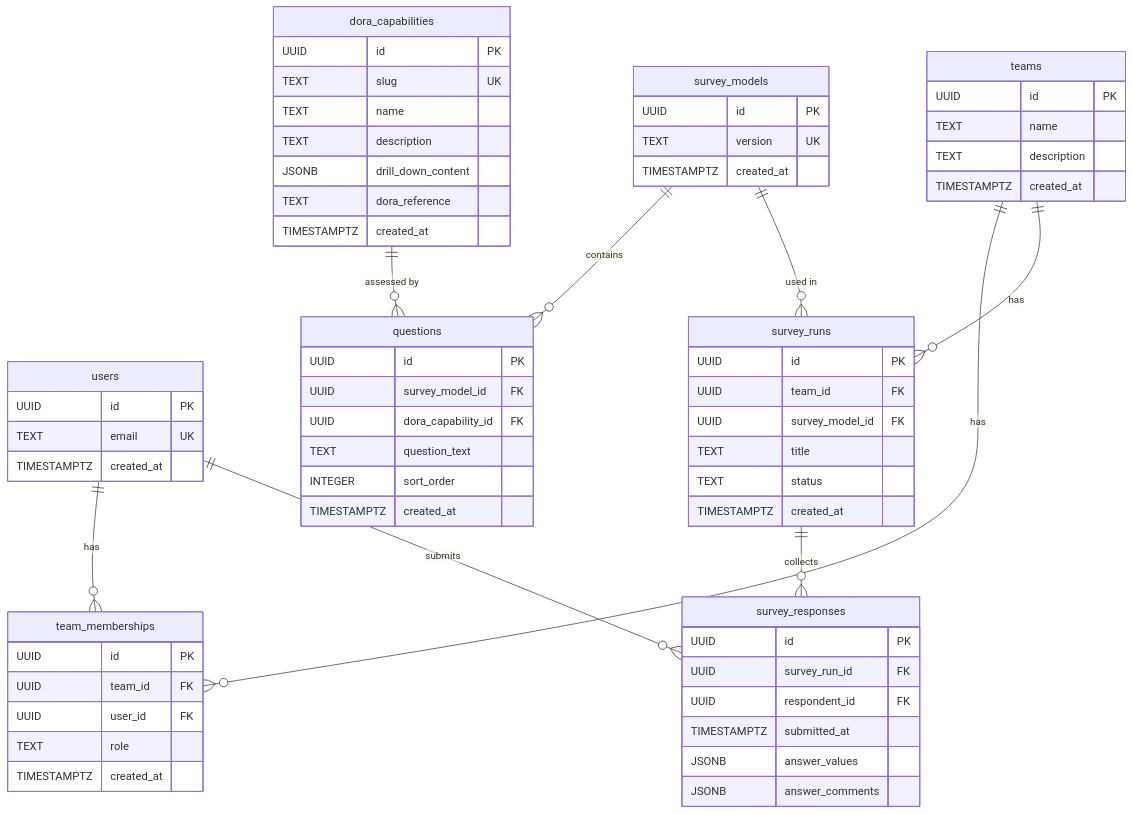
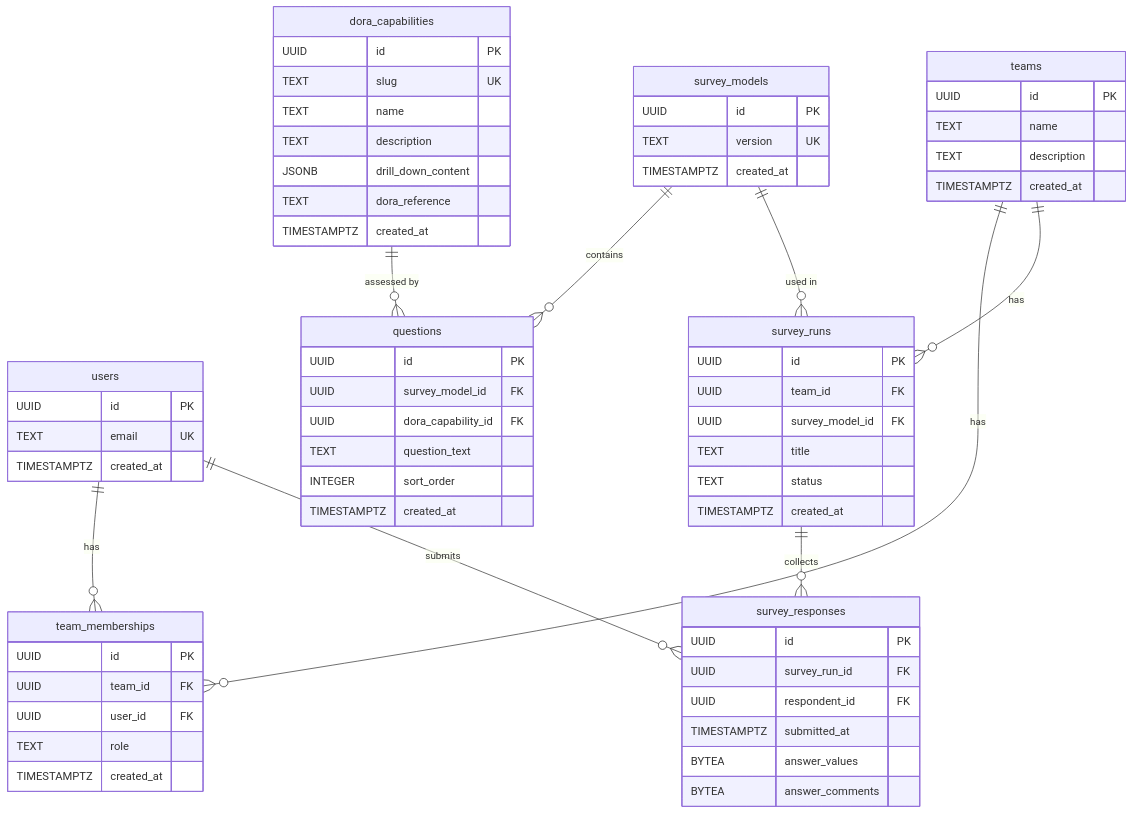
The diagram in docs/database-diagram.md (JensWinter/mse-radar), drawn with Mermaid before and after one commit. The commit also changed 13 other files, not shown here.

````diff
--- a/docs/database-diagram.md
+++ b/docs/database-diagram.md
@@ -3,75 +3,75 @@
 ```mermaid
 erDiagram
     users {
         UUID id PK
         TEXT email UK
         TIMESTAMPTZ created_at
     }
 
     teams {
         UUID id PK
         TEXT name
         TEXT description
         TIMESTAMPTZ created_at
     }
 
     team_memberships {
         UUID id PK
         UUID team_id FK
         UUID user_id FK
         TEXT role
         TIMESTAMPTZ created_at
     }
 
     dora_capabilities {
         UUID id PK
         TEXT slug UK
         TEXT name
         TEXT description
         JSONB drill_down_content
         TEXT dora_reference
         TIMESTAMPTZ created_at
     }
 
     survey_models {
         UUID id PK
         TEXT version UK
         TIMESTAMPTZ created_at
     }
 
     questions {
         UUID id PK
         UUID survey_model_id FK
         UUID dora_capability_id FK
         TEXT question_text
         INTEGER sort_order
         TIMESTAMPTZ created_at
     }
 
     survey_runs {
         UUID id PK
         UUID team_id FK
         UUID survey_model_id FK
         TEXT title
         TEXT status
         TIMESTAMPTZ created_at
     }
 
     survey_responses {
         UUID id PK
         UUID survey_run_id FK
         UUID respondent_id FK
         TIMESTAMPTZ submitted_at
-        JSONB answer_values
-        JSONB answer_comments
+        BYTEA answer_values
+        BYTEA answer_comments
     }
 
     users ||--o{ team_memberships : "has"
     teams ||--o{ team_memberships : "has"
     users ||--o{ survey_responses : "submits"
     teams ||--o{ survey_runs : "has"
     survey_models ||--o{ questions : "contains"
     dora_capabilities ||--o{ questions : "assessed by"
     survey_models ||--o{ survey_runs : "used in"
     survey_runs ||--o{ survey_responses : "collects"
 ```
````
